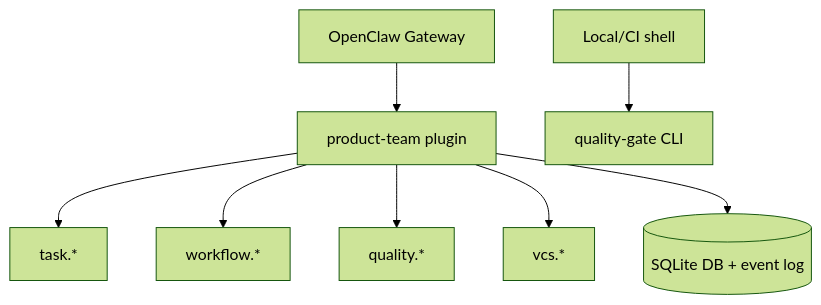
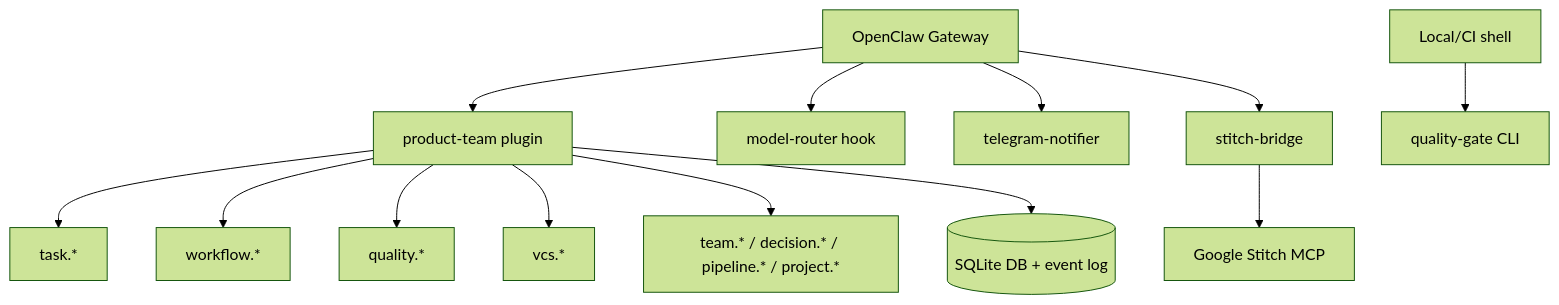
Before and after one commit to Monkey-D-Luisi/vibe-flow: the diagram in docs/extension-integration.md, drawn with Mermaid (forest theme). The commit also changed other lines of this file and 39 other files, not shown here.

````diff
--- a/docs/extension-integration.md
+++ b/docs/extension-integration.md
@@ -8,10 +7,15 @@
 ```mermaid
 flowchart TD
   OC[OpenClaw Gateway] --> PT[product-team plugin]
+  OC --> MR[model-router hook]
+  OC --> TN[telegram-notifier]
+  OC --> SB[stitch-bridge]
   PT --> T1[task.*]
   PT --> T2[workflow.*]
   PT --> T3[quality.*]
   PT --> T4[vcs.*]
+  PT --> T5[team.* / decision.* / pipeline.* / project.*]
   PT --> DB[(SQLite DB + event log)]
+  SB --> Stitch[Google Stitch MCP]
   CI[Local/CI shell] --> QG[quality-gate CLI]
 ```
````
